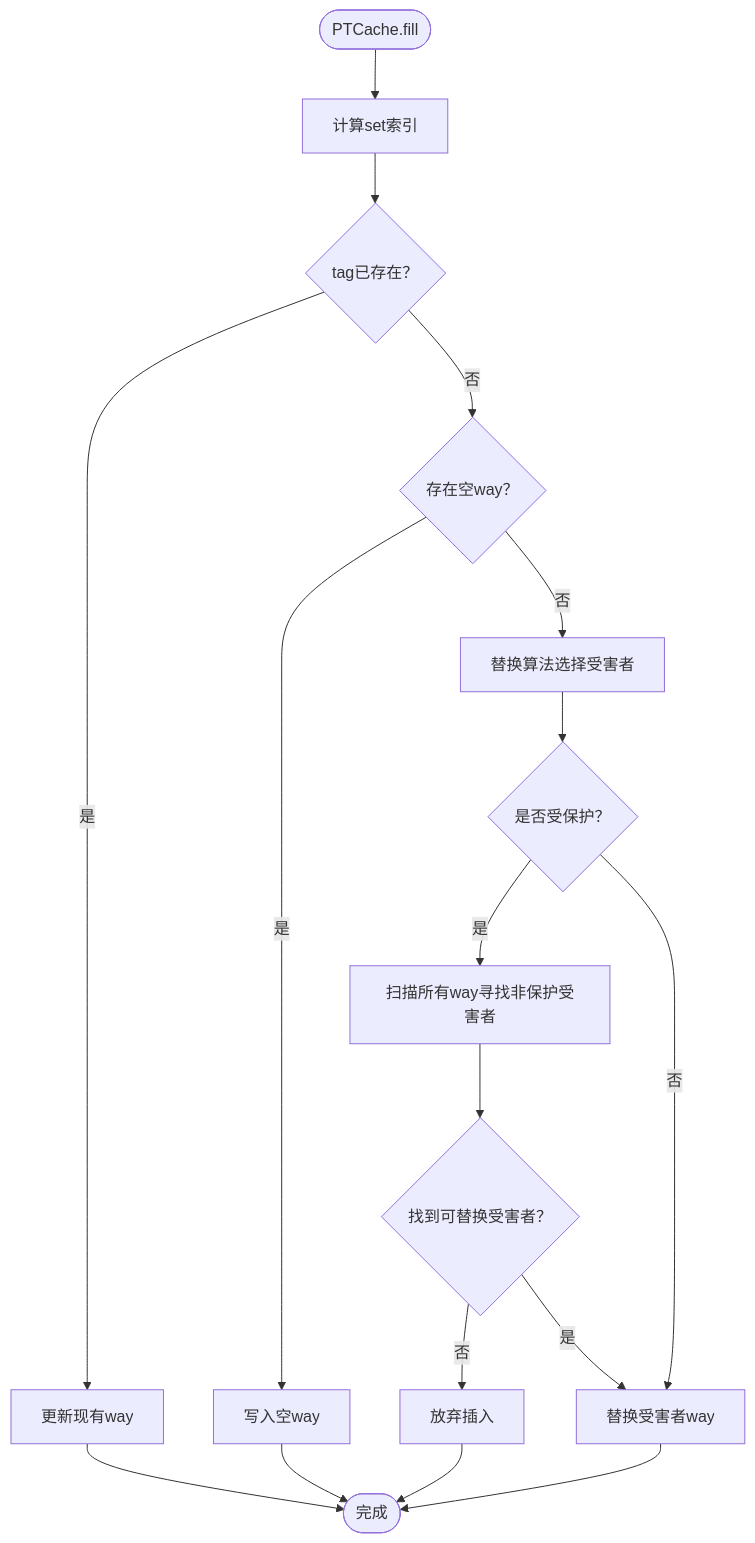
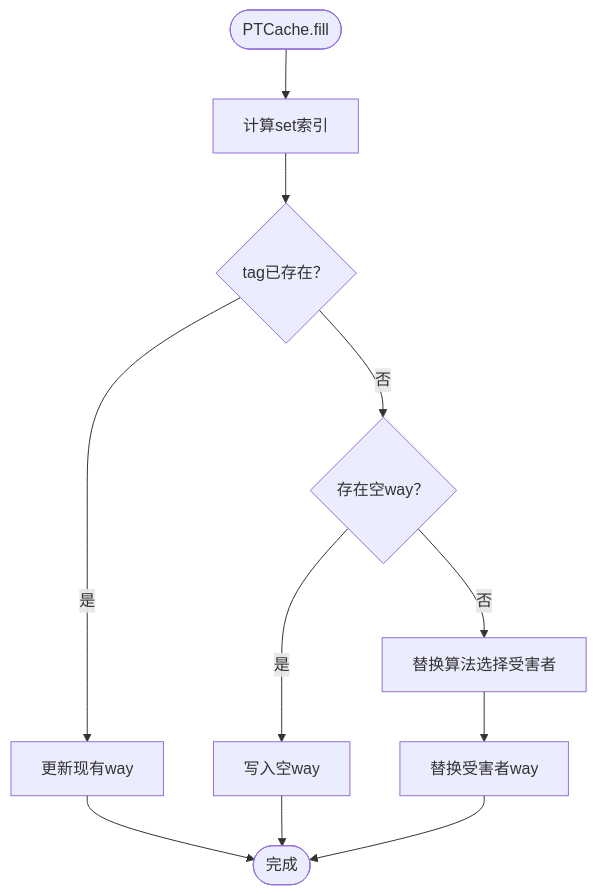
One commit to jiangjiang1122/iommu_model_20260401_v1 changed the sixth of 9 diagrams in .qoder/repowiki/zh/content/API参考手册/缓存接口.md. Above: the diagram before and after it, drawn with Mermaid. The commit also changed other lines of this file and 186 other files, not shown here.

````diff
--- a/.qoder/repowiki/zh/content/API参考手册/缓存接口.md
+++ b/.qoder/repowiki/zh/content/API参考手册/缓存接口.md
@@ -274,19 +322,13 @@
 ```mermaid
 flowchart TD
 Start(["PTCache.fill"]) --> Hash["计算set索引"]
 Hash --> Exists{"tag已存在？"}
 Exists --> |是| Update["更新现有way"]
 Exists --> |否| FindEmpty{"存在空way？"}
 FindEmpty --> |是| Insert["写入空way"]
 FindEmpty --> |否| Victim["替换算法选择受害者"]
-Victim --> Protect{"是否受保护？"}
-Protect --> |是| Scan["扫描所有way寻找非保护受害者"]
-Scan --> Found{"找到可替换受害者？"}
-Found --> |否| Skip["放弃插入"]
-Found --> |是| Replace["替换受害者way"]
-Protect --> |否| Replace
+Victim --> Replace["替换受害者way"]
 Replace --> Done(["完成"])
 Update --> Done
 Insert --> Done
-Skip --> Done
 ```
````
